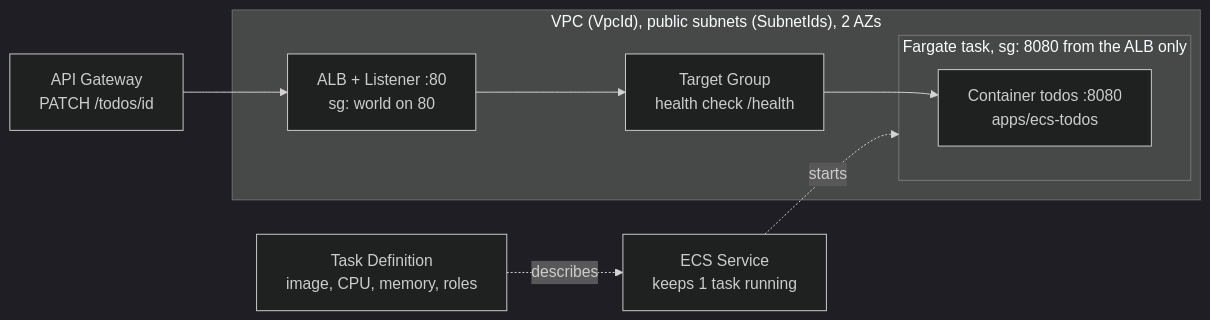
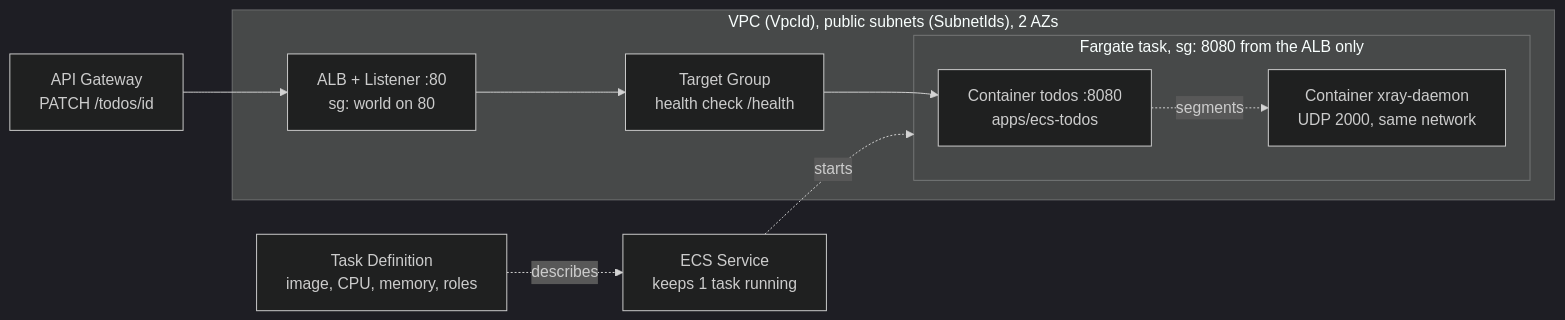
Before and after one commit to juan19932carlos/aws-xray-example: the second of 4 diagrams in architecture/infrastructure.md, drawn with Mermaid (dark theme). The commit also changed other lines of this file and 2 other files, not shown here.

````diff
--- a/architecture/infrastructure.md
+++ b/architecture/infrastructure.md
@@ -57,17 +60,19 @@
 ```mermaid
 flowchart LR
     Api["API Gateway<br/>PATCH /todos/id"]
 
     subgraph VPC ["VPC (VpcId), public subnets (SubnetIds), 2 AZs"]
         Alb["ALB + Listener :80<br/>sg: world on 80"]
         Tg["Target Group<br/>health check /health"]
         subgraph Task ["Fargate task, sg: 8080 from the ALB only"]
             App["Container todos :8080<br/>apps/ecs-todos"]
+            Daemon["Container xray-daemon<br/>UDP 2000, same network"]
         end
     end
 
     Api --> Alb --> Tg --> App
+    App -.segments.-> Daemon
 
     Service["ECS Service<br/>keeps 1 task running"] -.starts.-> Task
     TaskDef["Task Definition<br/>image, CPU, memory, roles"] -.describes.-> Service
 ```
````
